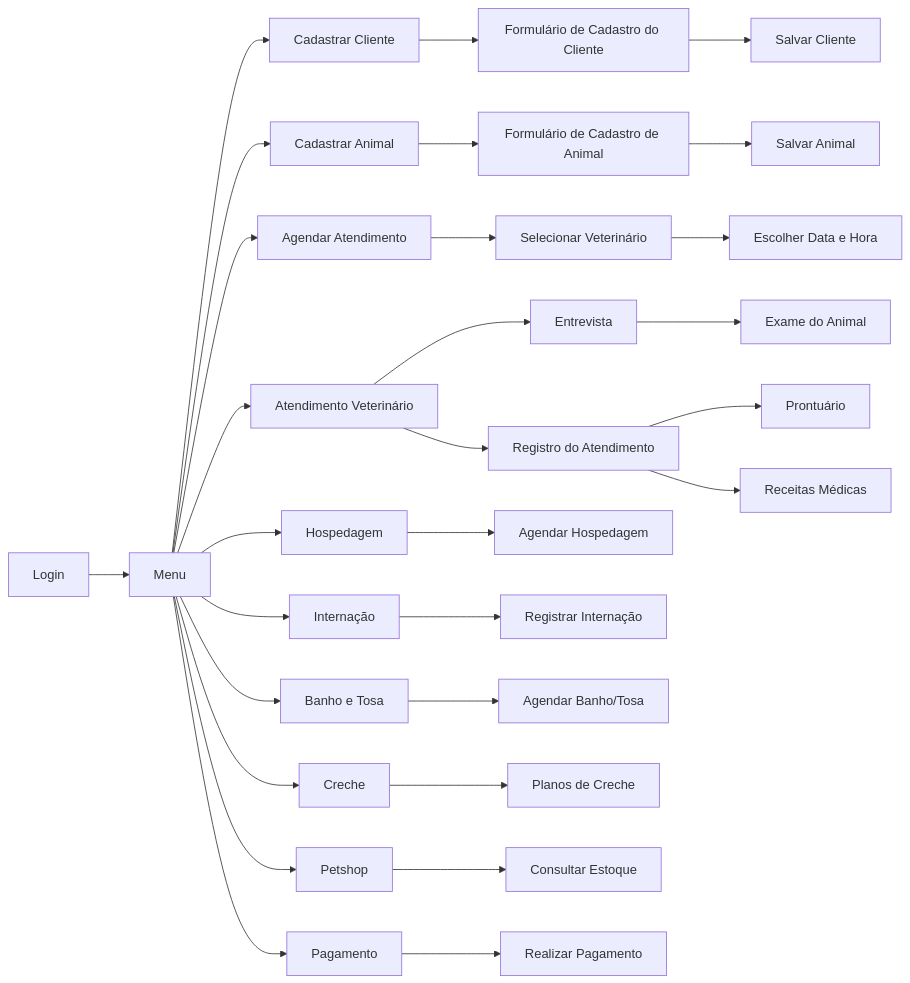
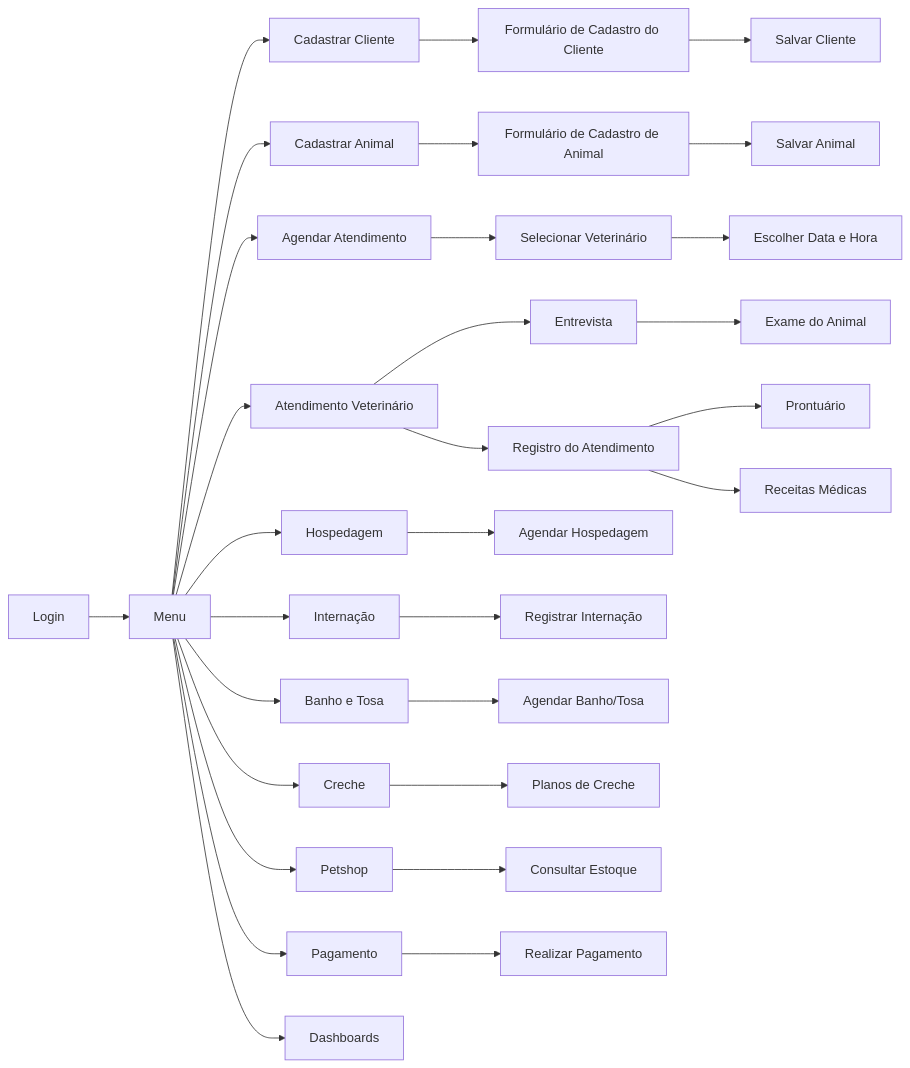
The eighth of 9 diagrams in README.md (Camila-Weber/camila_weber), drawn with Mermaid before and after one commit. The commit also changed other lines of this file, not shown here.

````diff
--- a/README.md
+++ b/README.md
@@ -1041,36 +1181,37 @@
 ```mermaid
 graph LR
     A[Login] --> B[Menu]
     
     B --> C[Cadastrar Cliente]
     B --> D[Cadastrar Animal]
     B --> E[Agendar Atendimento]
     B --> F[Atendimento Veterinário]
     B --> I[Hospedagem]
     B --> J[Internação]
     B --> K[Banho e Tosa]
     B --> L[Creche]
     B --> M[Petshop]
     B --> N[Pagamento]
+    B --> a[Dashboards]
     
     C --> O[Formulário de Cadastro do Cliente]
     D --> P[Formulário de Cadastro de Animal]
     E --> Q[Selecionar Veterinário]
 
     O --> BB[Salvar Cliente]
     P --> CC[Salvar Animal]
     Q --> R[Escolher Data e Hora]
     
     F --> S[Entrevista]
     S --> T[Exame do Animal]
     F --> U[Registro do Atendimento]
     U --> G[Prontuário]
     U --> H[Receitas Médicas]
     
     I --> V[Agendar Hospedagem]
     J --> W[Registrar Internação]
     K --> X[Agendar Banho/Tosa]
     L --> Y[Planos de Creche]
     M --> Z[Consultar Estoque]
     N --> AA[Realizar Pagamento]
 ```
````
